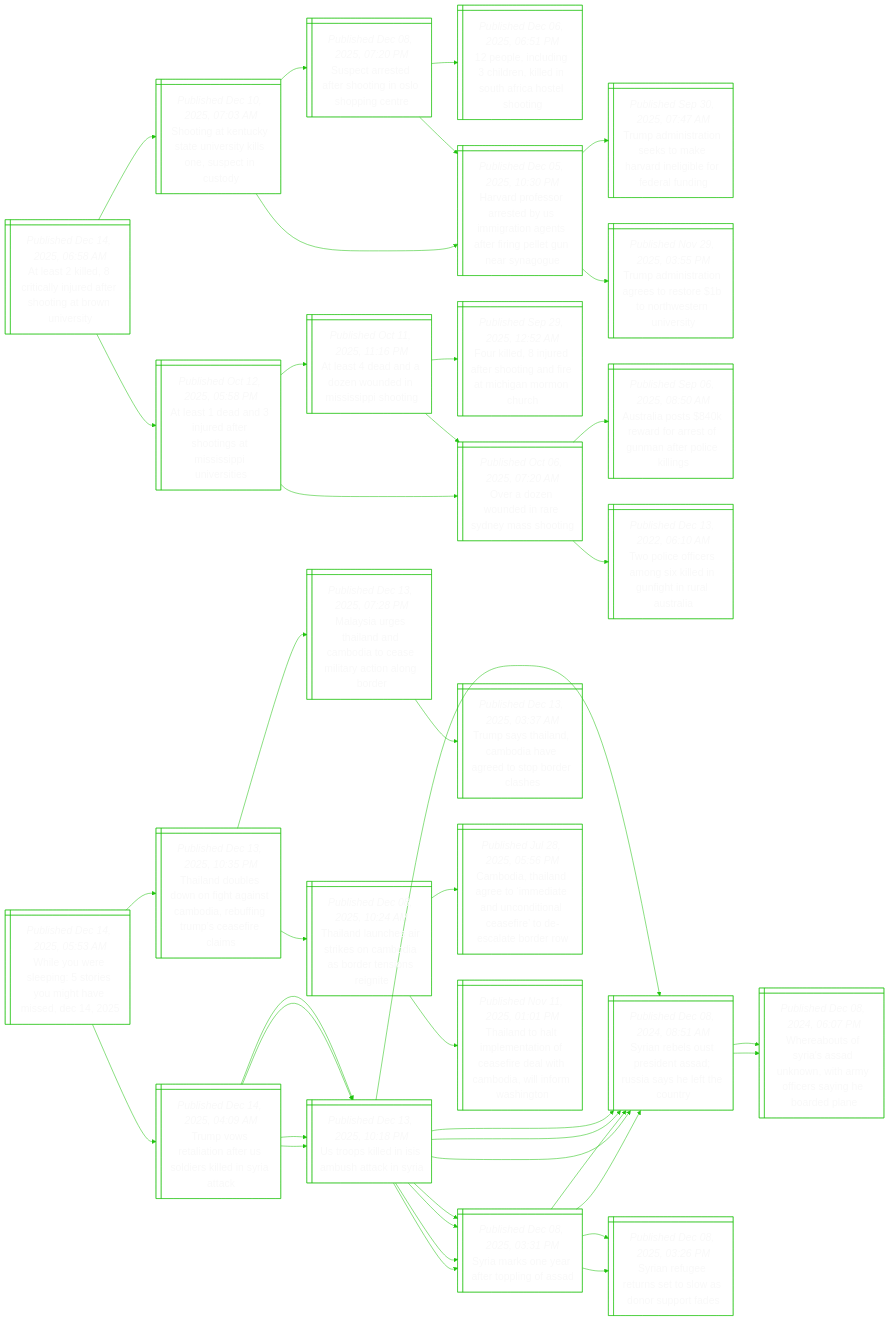
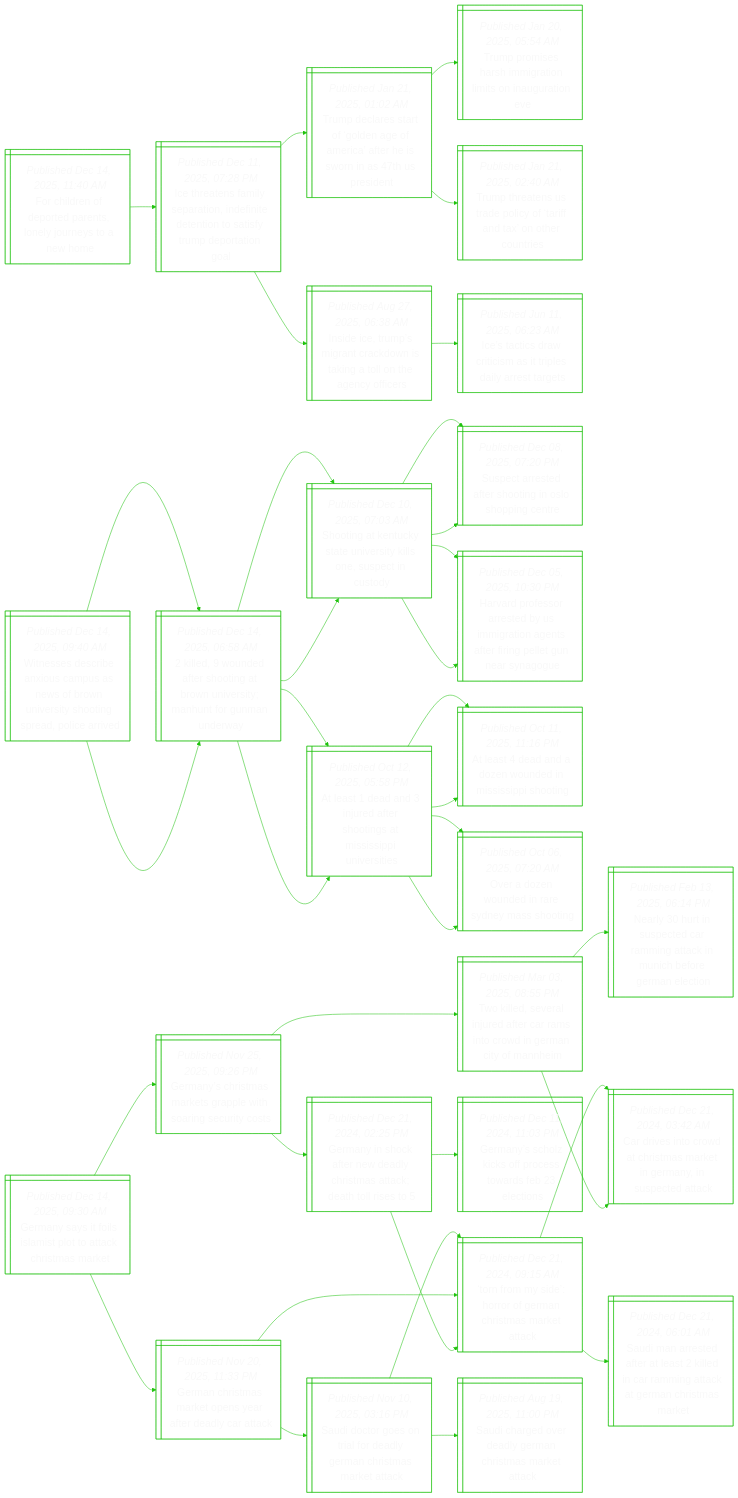
Before and after one commit to notJmes/notJmes: the diagram in README.md, drawn with Mermaid. The commit also changed other lines of this file, not shown here.

````diff
--- a/README.md
+++ b/README.md
@@ -16,133 +16,118 @@
 flowchart LR
 classDef txtsize font-size:20px;
 
-AsliljasiBUr@{ shape: win-pane, label: "_Published Dec 14, 2025, 06:58 AM_
-At least 2 killed, 8 critically injured after shooting at brown university" }
+Finpdnnoynm@{ shape: win-pane, label: "_Published Dec 14, 2025, 11:40 AM_
+For children of deported parents, lonely journeys to a new home" }
+Irnipiditoayprol@{ shape: win-pane, label: "_Published Dec 11, 2025, 07:28 PM_
+Ice threatens family separation, indefinite detention to satisfy trump deportation goal" }
+TdragnfitirsPd@{ shape: win-pane, label: "_Published Jan 21, 2025, 01:02 AM_
+Trump declares start of ‘golden age of america’ after he is sworn in as 47th us president" }
+Tpsrmtioutv@{ shape: win-pane, label: "_Published Jan 20, 2025, 05:54 AM_
+Trump promises harsh immigration limits on inauguration eve" }
+TttSecaaxhue@{ shape: win-pane, label: "_Published Jan 21, 2025, 02:40 AM_
+Trump threatens us trade policy of ‘tariff and tax’ on other countries" }
+Iermncnktngoe@{ shape: win-pane, label: "_Published Aug 27, 2025, 06:38 AM_
+Inside ice, trump’s migrant crackdown is taking a toll on the agency officers" }
+Iasccsidate@{ shape: win-pane, label: "_Published Jun 11, 2025, 06:23 AM_
+Ice’s tactics draw criticism as it triples daily arrest targets" }
+
+Finpdnnoynm:::txtsize --> Irnipiditoayprol:::txtsize
+Irnipiditoayprol:::txtsize --> TdragnfitirsPd:::txtsize
+TdragnfitirsPd:::txtsize --> Tpsrmtioutv:::txtsize
+TdragnfitirsPd:::txtsize --> TttSecaaxhue:::txtsize
+Irnipiditoayprol:::txtsize --> Iermncnktngoe:::txtsize
+Iermncnktngoe:::txtsize --> Iasccsidate:::txtsize
+
+Wsebiaasoiiogair@{ shape: win-pane, label: "_Published Dec 14, 2025, 09:40 AM_
+Witnesses describe anxious campus as news of brown university shooting spread, police arrived" }
+kddtogoiinfnna@{ shape: win-pane, label: "_Published Dec 14, 2025, 06:58 AM_
+2 killed, 9 wounded after shooting at brown university; manhunt for gunman underway" }
 SiKcaiileecd@{ shape: win-pane, label: "_Published Dec 10, 2025, 07:03 AM_
 Shooting at kentucky state university kills one, suspect in custody" }
 SceasiOhnt@{ shape: win-pane, label: "_Published Dec 08, 2025, 07:20 PM_
 Suspect arrested after shooting in oslo shopping centre" }
-peucrlnhctog@{ shape: win-pane, label: "_Published Dec 06, 2025, 06:51 PM_
-12 people, including 3 children, killed in south africa hostel shooting" }
 Hrfrsymtgafgenyg@{ shape: win-pane, label: "_Published Dec 05, 2025, 10:30 PM_
 Harvard professor arrested by us immigration agents after firing pellet gun near synagogue" }
-Hrfrsymtgafgenyg@{ shape: win-pane, label: "_Published Dec 05, 2025, 10:30 PM_
-Harvard professor arrested by us immigration agents after firing pellet gun near synagogue" }
-TaiteoHrllfad@{ shape: win-pane, label: "_Published Sep 30, 2025, 07:47 AM_
-Trump administration seeks to make harvard ineligible for federal funding" }
-Taitgtttttns@{ shape: win-pane, label: "_Published Nov 29, 2025, 03:55 PM_
-Trump administration agrees to restore $1b to northwestern university" }
 Asdndrtaspii@{ shape: win-pane, label: "_Published Oct 12, 2025, 05:58 PM_
 At least 1 dead and 3 injured after shootings at mississippi universities" }
 Asddweissi@{ shape: win-pane, label: "_Published Oct 11, 2025, 11:16 PM_
 At least 4 dead and a dozen wounded in mississippi shooting" }
-Fiieeoariamu@{ shape: win-pane, label: "_Published Sep 29, 2025, 12:52 AM_
-Four killed, 8 injured after shooting and fire at michigan mormon church" }
 Odweadaog@{ shape: win-pane, label: "_Published Oct 06, 2025, 07:20 AM_
 Over a dozen wounded in rare sydney mass shooting" }
+kddtogoiinfnna@{ shape: win-pane, label: "_Published Dec 14, 2025, 06:58 AM_
+2 killed, 9 wounded after shooting at brown university; manhunt for gunman underway" }
+SiKcaiileecd@{ shape: win-pane, label: "_Published Dec 10, 2025, 07:03 AM_
+Shooting at kentucky state university kills one, suspect in custody" }
+SceasiOhnt@{ shape: win-pane, label: "_Published Dec 08, 2025, 07:20 PM_
+Suspect arrested after shooting in oslo shopping centre" }
+Hrfrsymtgafgenyg@{ shape: win-pane, label: "_Published Dec 05, 2025, 10:30 PM_
+Harvard professor arrested by us immigration agents after firing pellet gun near synagogue" }
+Asdndrtaspii@{ shape: win-pane, label: "_Published Oct 12, 2025, 05:58 PM_
+At least 1 dead and 3 injured after shootings at mississippi universities" }
+Asddweissi@{ shape: win-pane, label: "_Published Oct 11, 2025, 11:16 PM_
+At least 4 dead and a dozen wounded in mississippi shooting" }
 Odweadaog@{ shape: win-pane, label: "_Published Oct 06, 2025, 07:20 AM_
 Over a dozen wounded in rare sydney mass shooting" }
-Aaordromtlig@{ shape: win-pane, label: "_Published Sep 06, 2025, 08:50 AM_
-Australia posts $840k reward for arrest of gunman after police killings" }
-Tlfrnkdntrsi@{ shape: win-pane, label: "_Published Dec 13, 2022, 06:10 AM_
-Two police officers among six killed in gunfight in rural australia" }
 
-AsliljasiBUr:::txtsize --> SiKcaiileecd:::txtsize
+Wsebiaasoiiogair:::txtsize --> kddtogoiinfnna:::txtsize
+kddtogoiinfnna:::txtsize --> SiKcaiileecd:::txtsize
 SiKcaiileecd:::txtsize --> SceasiOhnt:::txtsize
-SceasiOhnt:::txtsize --> peucrlnhctog:::txtsize
-SceasiOhnt:::txtsize --> Hrfrsymtgafgenyg:::txtsize
 SiKcaiileecd:::txtsize --> Hrfrsymtgafgenyg:::txtsize
-Hrfrsymtgafgenyg:::txtsize --> TaiteoHrllfad:::txtsize
-Hrfrsymtgafgenyg:::txtsize --> Taitgtttttns:::txtsize
-AsliljasiBUr:::txtsize --> Asdndrtaspii:::txtsize
+kddtogoiinfnna:::txtsize --> Asdndrtaspii:::txtsize
 Asdndrtaspii:::txtsize --> Asddweissi:::txtsize
-Asddweissi:::txtsize --> Fiieeoariamu:::txtsize
-Asddweissi:::txtsize --> Odweadaog:::txtsize
 Asdndrtaspii:::txtsize --> Odweadaog:::txtsize
-Odweadaog:::txtsize --> Aaordromtlig:::txtsize
-Odweadaog:::txtsize --> Tlfrnkdntrsi:::txtsize
+Wsebiaasoiiogair:::txtsize --> kddtogoiinfnna:::txtsize
+kddtogoiinfnna:::txtsize --> SiKcaiileecd:::txtsize
+SiKcaiileecd:::txtsize --> SceasiOhnt:::txtsize
+SiKcaiileecd:::txtsize --> Hrfrsymtgafgenyg:::txtsize
+kddtogoiinfnna:::txtsize --> Asdndrtaspii:::txtsize
+Asdndrtaspii:::txtsize --> Asddweissi:::txtsize
+Asdndrtaspii:::txtsize --> Odweadaog:::txtsize
 
-WYresemhiD@{ shape: win-pane, label: "_Published Dec 14, 2025, 05:53 AM_
-While you were sleeping: 5 stories you might have missed, dec 14, 2025" }
-TveaaUdkdrt@{ shape: win-pane, label: "_Published Dec 14, 2025, 04:09 AM_
-Trump vows retaliation after us soldiers killed in syria attack" }
-Uolnahcy@{ shape: win-pane, label: "_Published Dec 13, 2025, 10:18 PM_
-Us troops killed in isis ambush attack in syria" }
-SnltiARahtoy@{ shape: win-pane, label: "_Published Dec 08, 2024, 08:51 AM_
-Syrian rebels oust president assad; russia says he left the country" }
-Smoaepoa@{ shape: win-pane, label: "_Published Dec 08, 2025, 03:31 PM_
-Syria marks one year after toppling of assad" }
-Uolnahcy@{ shape: win-pane, label: "_Published Dec 13, 2025, 10:18 PM_
-Us troops killed in isis ambush attack in syria" }
-SnltiARahtoy@{ shape: win-pane, label: "_Published Dec 08, 2024, 08:51 AM_
-Syrian rebels oust president assad; russia says he left the country" }
-Smoaepoa@{ shape: win-pane, label: "_Published Dec 08, 2025, 03:31 PM_
-Syria marks one year after toppling of assad" }
-TaudntnmafTsecs@{ shape: win-pane, label: "_Published Dec 13, 2025, 10:35 PM_
-Thailand doubles down on fight against cambodia, rebuffing trump’s ceasefire claims" }
-Msgadaieirior@{ shape: win-pane, label: "_Published Dec 13, 2025, 07:28 PM_
-Malaysia urges thailand and cambodia to cease military action along border" }
-Tshnbhgtpes@{ shape: win-pane, label: "_Published Dec 13, 2025, 03:37 AM_
-Trump says thailand, cambodia have agreed to stop border clashes" }
-Taustsmareng@{ shape: win-pane, label: "_Published Dec 08, 2025, 10:24 AM_
-Thailand launches air strikes on cambodia as border tensions reignite" }
-Cdademtudnarelor@{ shape: win-pane, label: "_Published Jul 28, 2025, 05:56 PM_
-Cambodia, thailand agree to ‘immediate and unconditional ceasefire’ to de-escalate border row" }
-TahmeicfetbwnWn@{ shape: win-pane, label: "_Published Nov 11, 2025, 01:01 PM_
-Thailand to halt implementation of ceasefire deal with cambodia, will inform washington" }
+Gnsilttarak@{ shape: win-pane, label: "_Published Dec 14, 2025, 09:30 AM_
+Germany says it foils islamist plot to attack christmas market" }
+Gnrakresnuc@{ shape: win-pane, label: "_Published Nov 25, 2025, 09:26 PM_
+Germany’s christmas markets grapple with soaring security costs" }
+Gnhfedraaale@{ shape: win-pane, label: "_Published Dec 21, 2024, 02:25 PM_
+Germany in shock after new deadly christmas attack; death toll rises to 5" }
+Trsoomrakt@{ shape: win-pane, label: "_Published Dec 21, 2024, 09:15 AM_
+‘torn from my side’: horror of german christmas market attack" }
+Gnhifcoslo@{ shape: win-pane, label: "_Published Dec 11, 2024, 11:03 PM_
+Germany’s scholz kicks off process towards feb 23 elections" }
+Tlelrtrirnaynm@{ shape: win-pane, label: "_Published Mar 03, 2025, 08:55 PM_
+Two killed, several injured after car rams into crowd in german city of mannheim" }
+CinoCtaimneak@{ shape: win-pane, label: "_Published Dec 21, 2024, 03:42 AM_
+Car drives into crowd at christmas market in germany, in suspected attack" }
+Nyipdagcubeac@{ shape: win-pane, label: "_Published Feb 13, 2025, 06:14 PM_
+Nearly 30 hurt in suspected car ramming attack in munich before german election" }
+Gnsmtsadyt@{ shape: win-pane, label: "_Published Nov 20, 2025, 11:33 PM_
+German christmas market opens year after deadly car attack" }
+Trsoomrakt@{ shape: win-pane, label: "_Published Dec 21, 2024, 09:15 AM_
+‘torn from my side’: horror of german christmas market attack" }
+SmrdralnagceCta@{ shape: win-pane, label: "_Published Dec 21, 2024, 06:01 AM_
+Saudi man arrested after at least 2 killed in car ramming attack at german christmas market" }
+CinoCtaimneak@{ shape: win-pane, label: "_Published Dec 21, 2024, 03:42 AM_
+Car drives into crowd at christmas market in germany, in suspected attack" }
+Sdroadyaisea@{ shape: win-pane, label: "_Published Nov 10, 2025, 03:16 PM_
+Saudi doctor goes on trial for deadly german christmas market attack" }
+Trsoomrakt@{ shape: win-pane, label: "_Published Dec 21, 2024, 09:15 AM_
+‘torn from my side’: horror of german christmas market attack" }
+Scerlmrakt@{ shape: win-pane, label: "_Published Aug 19, 2025, 11:00 PM_
+Saudi charged over deadly german christmas market attack" }
 
-WYresemhiD:::txtsize --> TveaaUdkdrt:::txtsize
-TveaaUdkdrt:::txtsize --> Uolnahcy:::txtsize
-Uolnahcy:::txtsize --> SnltiARahtoy:::txtsize
-Uolnahcy:::txtsize --> Smoaepoa:::txtsize
-TveaaUdkdrt:::txtsize --> Uolnahcy:::txtsize
-Uolnahcy:::txtsize --> SnltiARahtoy:::txtsize
-Uolnahcy:::txtsize --> Smoaepoa:::txtsize
-WYresemhiD:::txtsize --> TaudntnmafTsecs:::txtsize
-TaudntnmafTsecs:::txtsize --> Msgadaieirior:::txtsize
-Msgadaieirior:::txtsize --> Tshnbhgtpes:::txtsize
-TaudntnmafTsecs:::txtsize --> Taustsmareng:::txtsize
-Taustsmareng:::txtsize --> Cdademtudnarelor:::txtsize
-Taustsmareng:::txtsize --> TahmeicfetbwnWn:::txtsize
-
-TveaaUdkdrt@{ shape: win-pane, label: "_Published Dec 14, 2025, 04:09 AM_
-Trump vows retaliation after us soldiers killed in syria attack" }
-Uolnahcy@{ shape: win-pane, label: "_Published Dec 13, 2025, 10:18 PM_
-Us troops killed in isis ambush attack in syria" }
-SnltiARahtoy@{ shape: win-pane, label: "_Published Dec 08, 2024, 08:51 AM_
-Syrian rebels oust president assad; russia says he left the country" }
-Wasrsnnafriben@{ shape: win-pane, label: "_Published Dec 08, 2024, 06:07 PM_
-Whereabouts of syria's assad unknown, with army officers saying he boarded plane" }
-Smoaepoa@{ shape: win-pane, label: "_Published Dec 08, 2025, 03:31 PM_
-Syria marks one year after toppling of assad" }
-SnltiARahtoy@{ shape: win-pane, label: "_Published Dec 08, 2024, 08:51 AM_
-Syrian rebels oust president assad; russia says he left the country" }
-Sngtsssrod@{ shape: win-pane, label: "_Published Dec 08, 2025, 03:26 PM_
-Syrian refugee returns set to slow as donor support fades" }
-Uolnahcy@{ shape: win-pane, label: "_Published Dec 13, 2025, 10:18 PM_
-Us troops killed in isis ambush attack in syria" }
-SnltiARahtoy@{ shape: win-pane, label: "_Published Dec 08, 2024, 08:51 AM_
-Syrian rebels oust president assad; russia says he left the country" }
-Wasrsnnafriben@{ shape: win-pane, label: "_Published Dec 08, 2024, 06:07 PM_
-Whereabouts of syria's assad unknown, with army officers saying he boarded plane" }
-Smoaepoa@{ shape: win-pane, label: "_Published Dec 08, 2025, 03:31 PM_
-Syria marks one year after toppling of assad" }
-SnltiARahtoy@{ shape: win-pane, label: "_Published Dec 08, 2024, 08:51 AM_
-Syrian rebels oust president assad; russia says he left the country" }
-Sngtsssrod@{ shape: win-pane, label: "_Published Dec 08, 2025, 03:26 PM_
-Syrian refugee returns set to slow as donor support fades" }
-
-TveaaUdkdrt:::txtsize --> Uolnahcy:::txtsize
-Uolnahcy:::txtsize --> SnltiARahtoy:::txtsize
-SnltiARahtoy:::txtsize --> Wasrsnnafriben:::txtsize
-Uolnahcy:::txtsize --> Smoaepoa:::txtsize
-Smoaepoa:::txtsize --> SnltiARahtoy:::txtsize
-Smoaepoa:::txtsize --> Sngtsssrod:::txtsize
-TveaaUdkdrt:::txtsize --> Uolnahcy:::txtsize
-Uolnahcy:::txtsize --> SnltiARahtoy:::txtsize
-SnltiARahtoy:::txtsize --> Wasrsnnafriben:::txtsize
-Uolnahcy:::txtsize --> Smoaepoa:::txtsize
-Smoaepoa:::txtsize --> SnltiARahtoy:::txtsize
-Smoaepoa:::txtsize --> Sngtsssrod:::txtsize
+Gnsilttarak:::txtsize --> Gnrakresnuc:::txtsize
+Gnrakresnuc:::txtsize --> Gnhfedraaale:::txtsize
+Gnhfedraaale:::txtsize --> Trsoomrakt:::txtsize
+Gnhfedraaale:::txtsize --> Gnhifcoslo:::txtsize
+Gnrakresnuc:::txtsize --> Tlelrtrirnaynm:::txtsize
+Tlelrtrirnaynm:::txtsize --> CinoCtaimneak:::txtsize
+Tlelrtrirnaynm:::txtsize --> Nyipdagcubeac:::txtsize
+Gnsilttarak:::txtsize --> Gnsmtsadyt:::txtsize
+Gnsmtsadyt:::txtsize --> Trsoomrakt:::txtsize
+Trsoomrakt:::txtsize --> SmrdralnagceCta:::txtsize
+Trsoomrakt:::txtsize --> CinoCtaimneak:::txtsize
+Gnsmtsadyt:::txtsize --> Sdroadyaisea:::txtsize
+Sdroadyaisea:::txtsize --> Trsoomrakt:::txtsize
+Sdroadyaisea:::txtsize --> Scerlmrakt:::txtsize
 
 ```
````
